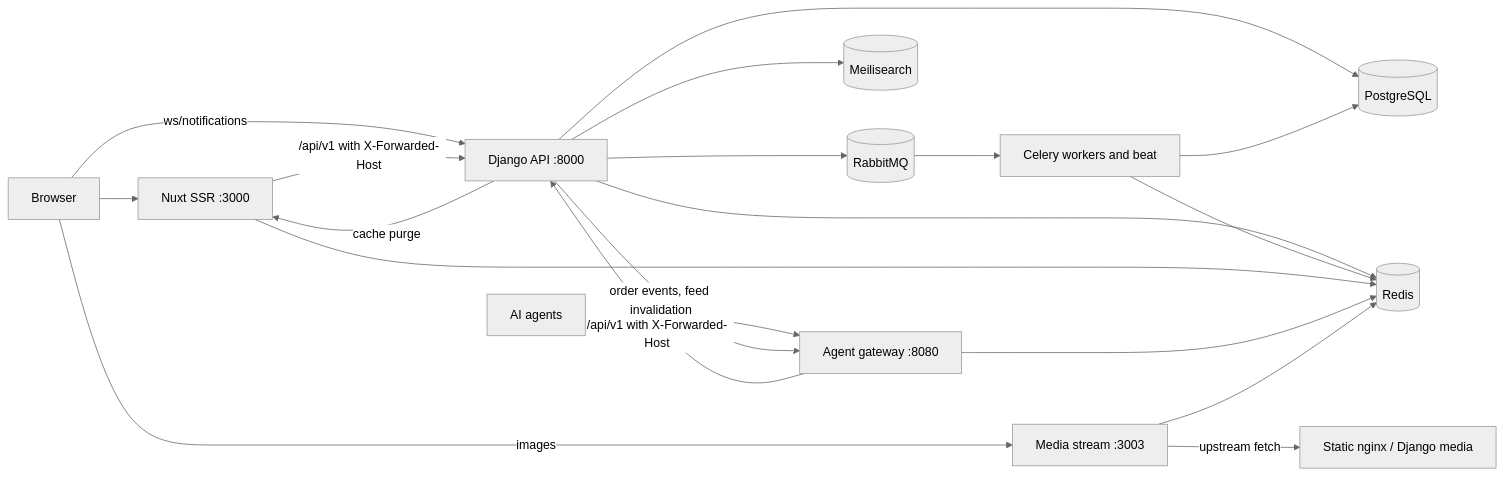
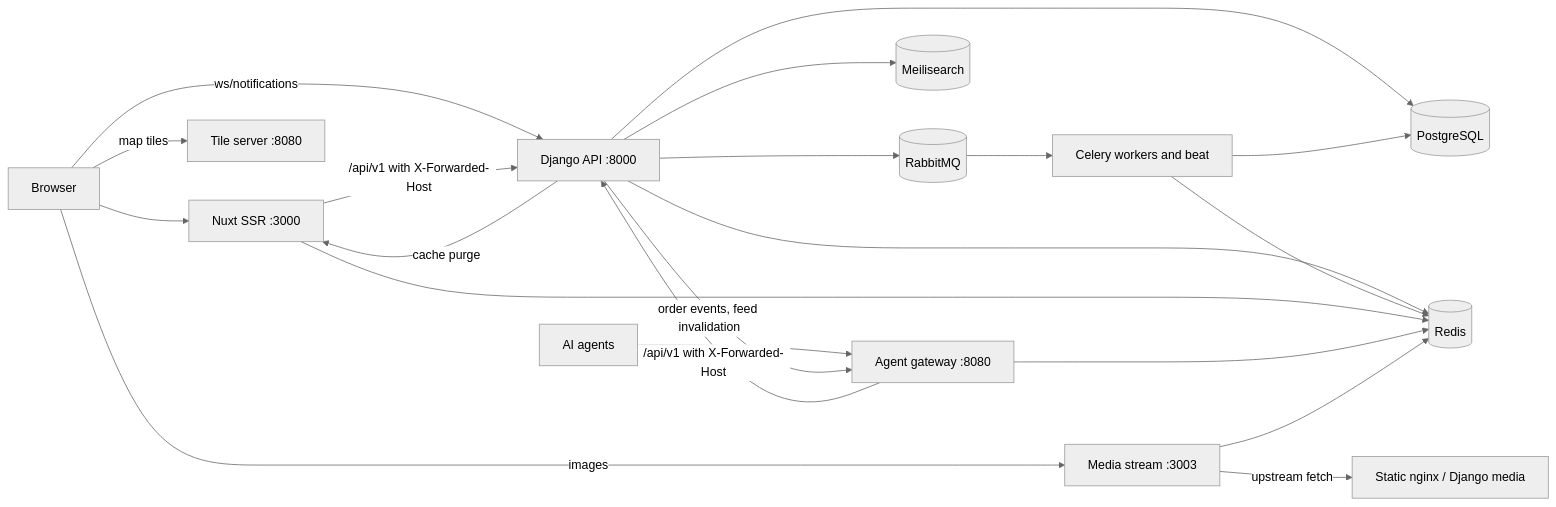
Before and after one commit to vasilistotskas/grooveshop-docs: the first of 2 diagrams in src/dev/platform/architecture.md, drawn with Mermaid (neutral theme). The commit also changed other lines of this file and 6 other files, not shown here.

````diff
--- a/src/dev/platform/architecture.md
+++ b/src/dev/platform/architecture.md
@@ -16,22 +16,23 @@
 ```mermaid
 flowchart LR
   Browser --> Nuxt["Nuxt SSR :3000"]
   Browser -- "images" --> Media["Media stream :3003"]
+  Browser -- "map tiles" --> Maps["Tile server :8080"]
   Browser -- "ws/notifications" --> Django
   Agents["AI agents"] --> Gateway["Agent gateway :8080"]
   Nuxt -- "/api/v1 with X-Forwarded-Host" --> Django["Django API :8000"]
   Gateway -- "/api/v1 with X-Forwarded-Host" --> Django
   Django --> PG[(PostgreSQL)]
   Django --> Redis[(Redis)]
   Django --> Meili[(Meilisearch)]
   Django --> MQ[(RabbitMQ)]
   MQ --> Celery["Celery workers and beat"]
   Celery --> PG
   Celery --> Redis
   Media -- "upstream fetch" --> Static["Static nginx / Django media"]
   Nuxt --> Redis
   Gateway --> Redis
   Media --> Redis
   Django -- "order events, feed invalidation" --> Gateway
   Django -- "cache purge" --> Nuxt
 ```
````
